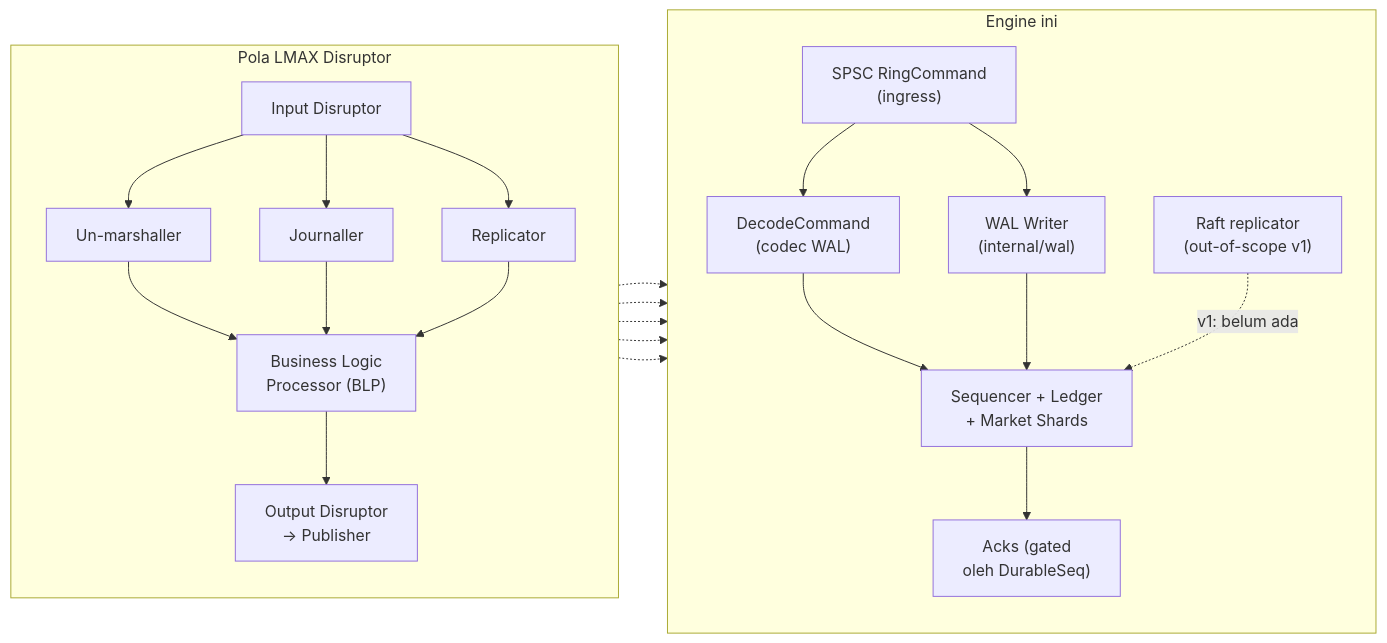
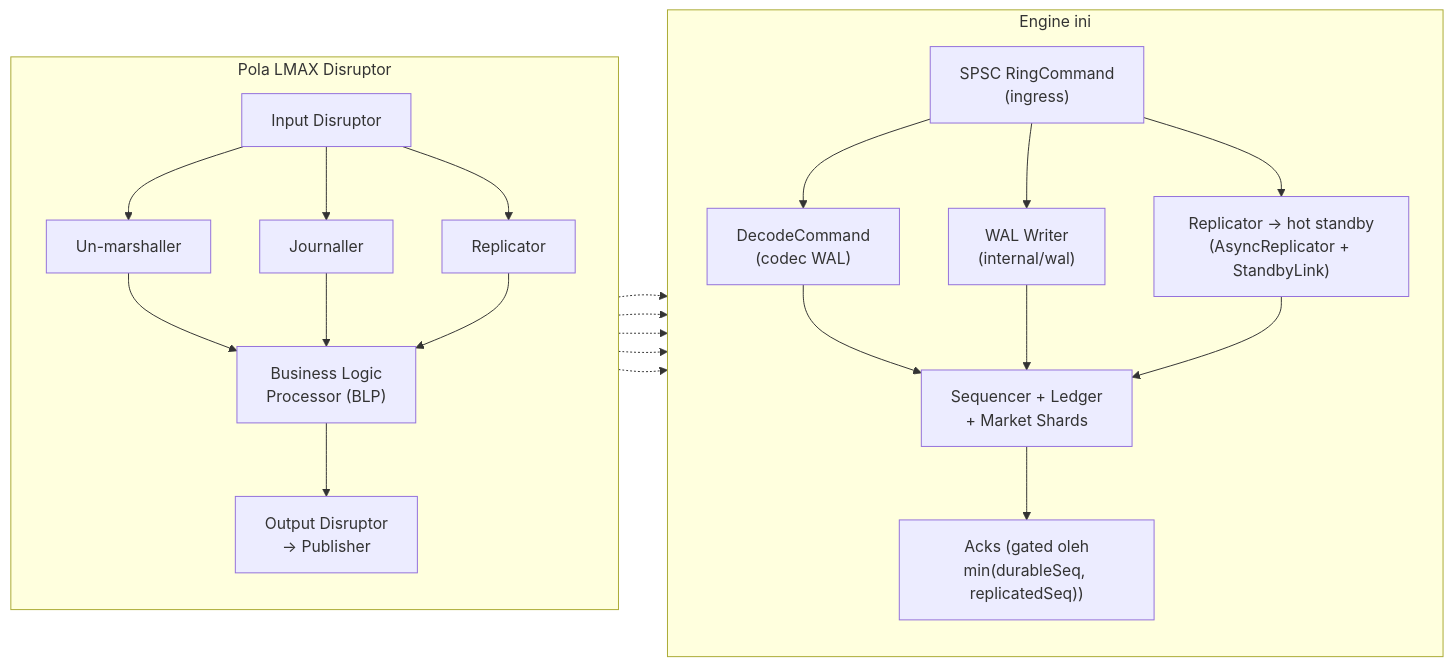
One commit to yanuar-ar/order-book changed the second of 16 diagrams in ARCHITECTURE.md. Above: the diagram before and after it, drawn with Mermaid. The commit also changed other lines of this file and 5 other files, not shown here.

````diff
--- a/ARCHITECTURE.md
+++ b/ARCHITECTURE.md
@@ -134,31 +135,30 @@
 ```mermaid
 flowchart LR
     subgraph LMAX["Pola LMAX Disruptor"]
         direction TB
         L_IN["Input Disruptor"]
         L_UM["Un-marshaller"]
         L_JR["Journaller"]
         L_RP["Replicator"]
         L_BLP["Business Logic<br/>Processor (BLP)"]
         L_OUT["Output Disruptor<br/>→ Publisher"]
         L_IN --> L_UM & L_JR & L_RP --> L_BLP --> L_OUT
     end
 
     subgraph ENG["Engine ini"]
         direction TB
         E_IN["SPSC RingCommand<br/>(ingress)"]
         E_UM["DecodeCommand<br/>(codec WAL)"]
         E_JR["WAL Writer<br/>(internal/wal)"]
-        E_RP["Raft replicator<br/>(out-of-scope v1)"]
+        E_RP["Replicator → hot standby<br/>(AsyncReplicator + StandbyLink)"]
         E_BLP["Sequencer + Ledger<br/>+ Market Shards"]
-        E_OUT["Acks (gated<br/>oleh DurableSeq)"]
-        E_IN --> E_UM & E_JR --> E_BLP --> E_OUT
-        E_RP -.->|"v1: belum ada"| E_BLP
+        E_OUT["Acks (gated oleh<br/>min(durableSeq, replicatedSeq))"]
+        E_IN --> E_UM & E_JR & E_RP --> E_BLP --> E_OUT
     end
 
     L_UM -.-> E_UM
     L_JR -.-> E_JR
     L_RP -.-> E_RP
     L_BLP -.-> E_BLP
     L_OUT -.-> E_OUT
 ```
````
